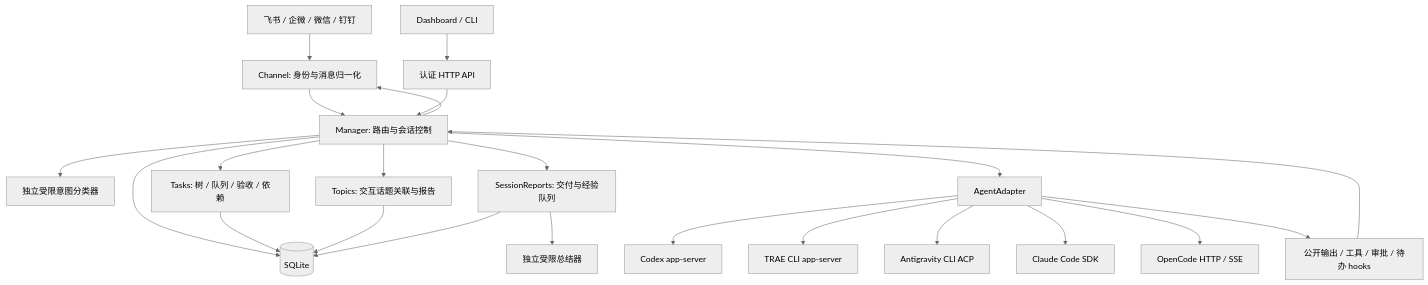
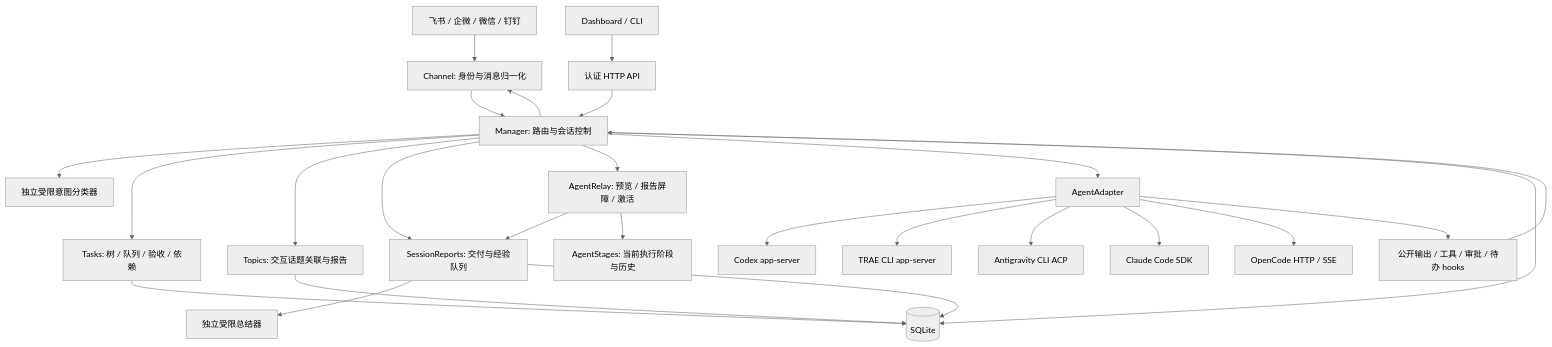
The diagram in docs/architecture.md (dujl/tab-ai), drawn with Mermaid (neutral theme) before and after one commit. The commit also changed other lines of this file and 52 other files, not shown here.

First line of the commit message:
feat: add staged agent relay with auditable handoffs (#12)

````diff
--- a/docs/architecture.md
+++ b/docs/architecture.md
@@ -7,25 +7,28 @@
 ```mermaid
 flowchart TD
   IM[飞书 / 企微 / 微信 / 钉钉] --> CH[Channel: 身份与消息归一化]
   CH --> M[Manager: 路由与会话控制]
   WEB[Dashboard / CLI] --> API[认证 HTTP API]
   API --> M
   M --> R[独立受限意图分类器]
   M --> T[Tasks: 树 / 队列 / 验收 / 依赖]
   M --> TOP[Topics: 交互话题关联与报告]
   M --> REP[SessionReports: 交付与经验队列]
+  M --> RELAY[AgentRelay: 预览 / 报告屏障 / 激活]
+  RELAY --> REP
+  RELAY --> STAGE[AgentStages: 当前执行阶段与历史]
   REP --> SUM[独立受限总结器]
   M --> AD[AgentAdapter]
   AD --> C[Codex app-server]
   AD --> TC[TRAE CLI app-server]
   AD --> AGY[Antigravity CLI ACP]
   AD --> A[Claude Code SDK]
   AD --> O[OpenCode HTTP / SSE]
   AD --> H[公开输出 / 工具 / 审批 / 待办 hooks]
   H --> M
   M --> CH
   M --> DB[(SQLite)]
   T --> DB
   TOP --> DB
   REP --> DB
 ```
````
